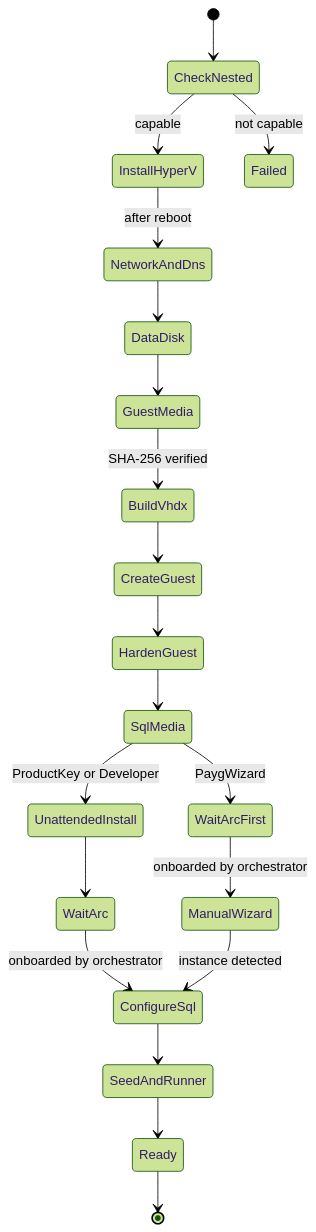
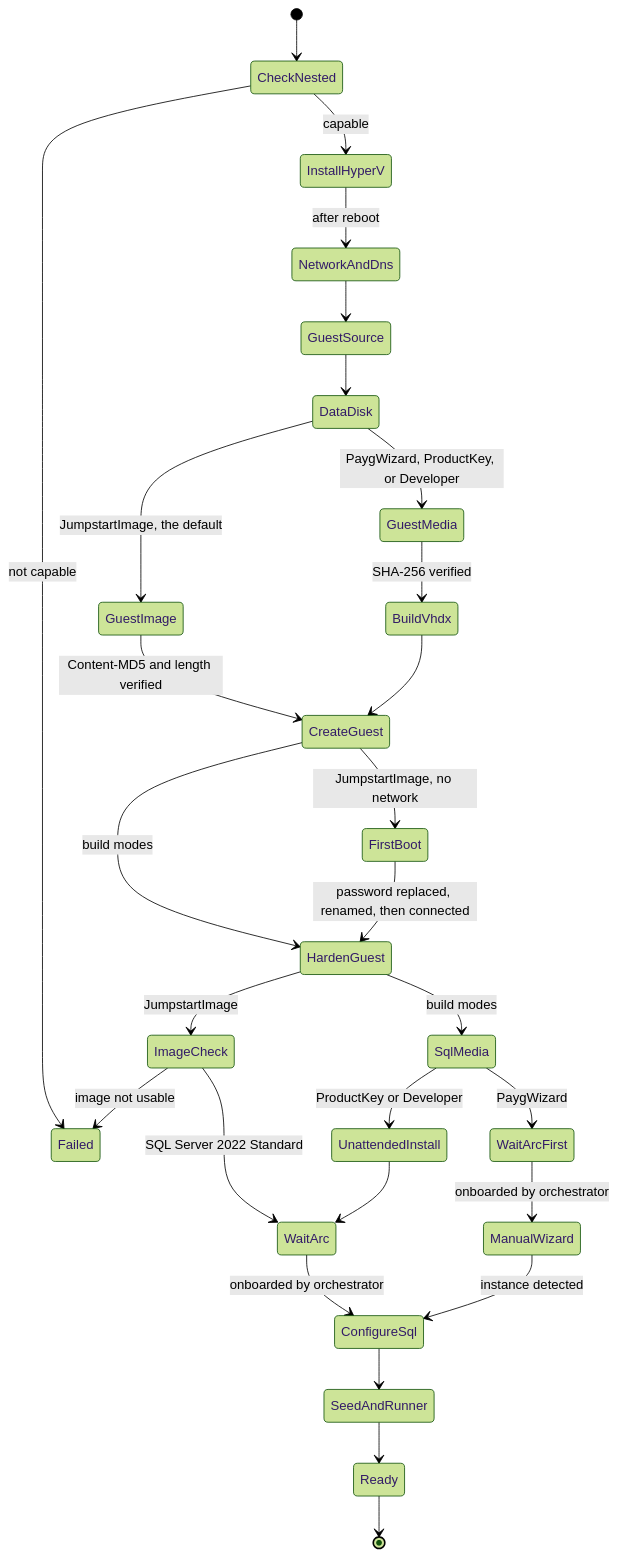
The third of 4 diagrams in docs/architecture.md (MarcBushong/fabric-database-hub-demo), drawn with Mermaid (forest theme) before and after one commit. The commit also changed other lines of this file and 76 other files, not shown here.

````diff
--- a/docs/architecture.md
+++ b/docs/architecture.md
@@ -144,22 +147,30 @@
 ```mermaid
 stateDiagram-v2
   [*] --> CheckNested
   CheckNested --> InstallHyperV: capable
   CheckNested --> Failed: not capable
   InstallHyperV --> NetworkAndDns: after reboot
-  NetworkAndDns --> DataDisk
-  DataDisk --> GuestMedia
+  NetworkAndDns --> GuestSource
+  GuestSource --> DataDisk
+  DataDisk --> GuestImage: JumpstartImage, the default
+  DataDisk --> GuestMedia: PaygWizard, ProductKey, or Developer
+  GuestImage --> CreateGuest: Content-MD5 and length verified
   GuestMedia --> BuildVhdx: SHA-256 verified
   BuildVhdx --> CreateGuest
-  CreateGuest --> HardenGuest
-  HardenGuest --> SqlMedia
+  CreateGuest --> FirstBoot: JumpstartImage, no network
+  CreateGuest --> HardenGuest: build modes
+  FirstBoot --> HardenGuest: password replaced, renamed, then connected
+  HardenGuest --> ImageCheck: JumpstartImage
+  HardenGuest --> SqlMedia: build modes
+  ImageCheck --> WaitArc: SQL Server 2022 Standard
+  ImageCheck --> Failed: image not usable
   SqlMedia --> UnattendedInstall: ProductKey or Developer
   SqlMedia --> WaitArcFirst: PaygWizard
   UnattendedInstall --> WaitArc
   WaitArc --> ConfigureSql: onboarded by orchestrator
   WaitArcFirst --> ManualWizard: onboarded by orchestrator
   ManualWizard --> ConfigureSql: instance detected
   ConfigureSql --> SeedAndRunner
   SeedAndRunner --> Ready
   Ready --> [*]
 ```
````
